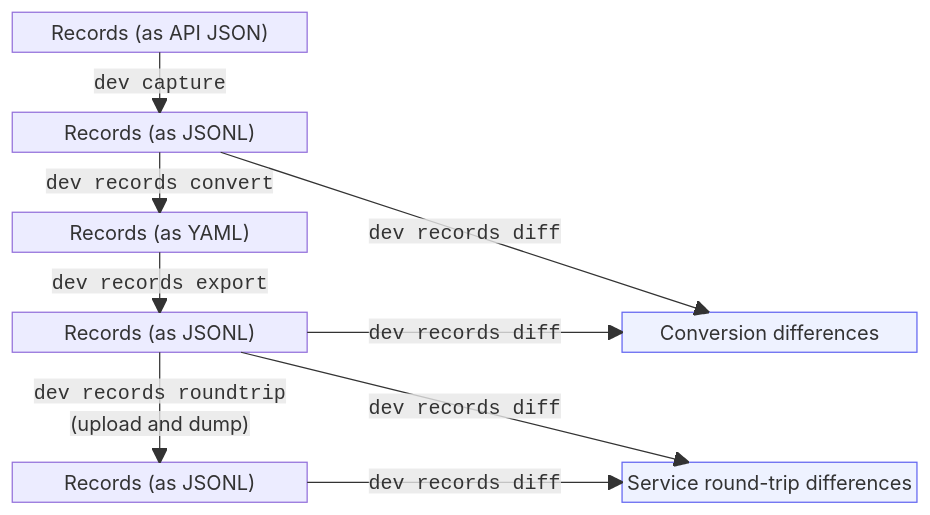
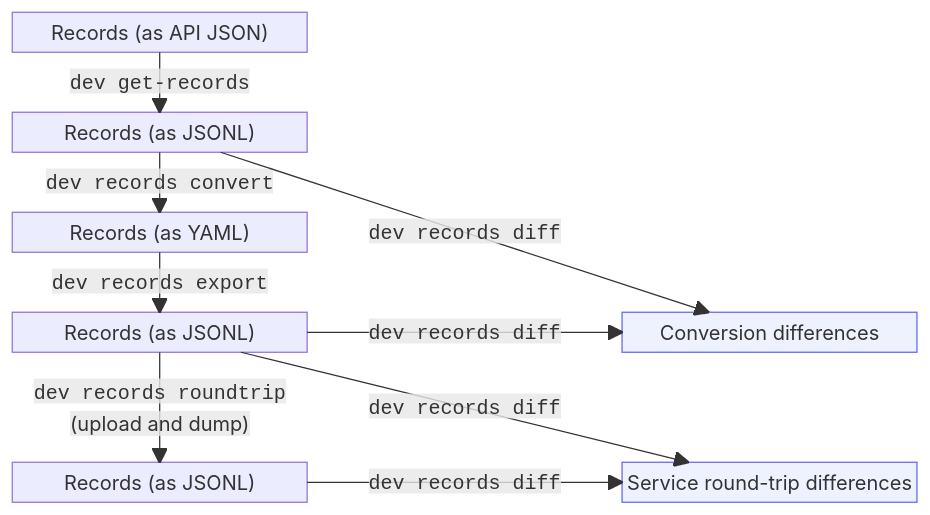
One commit to ORINOCO-Lite/orinoco-lite-dev changed the first of 2 diagrams in docs/agents/staged-upstream-validation.md. Above: the diagram before and after it, drawn with Mermaid. The commit also changed other lines of this file, not shown here.

````diff
--- a/docs/agents/staged-upstream-validation.md
+++ b/docs/agents/staged-upstream-validation.md
@@ -34,25 +36,25 @@
 ```mermaid
 block-beta
   columns 3
   pool["Records (as API JSON)"] space:2
   space:3
   raw["Records (as JSONL)"] space:2
   space:3
   stored["Records (as YAML)"] space:2
   space:3
   exported["Records (as JSONL)"] space conversion["Conversion differences"]
   space:3
   space:3
   returned["Records (as JSONL)"] space service["Service round-trip differences"]
 
-  pool -- "<code>dev capture</code>" --> raw
+  pool -- "<code>dev get-records</code>" --> raw
   raw -- "<code>dev records convert</code>" --> stored
   stored -- "<code>dev records export</code>" --> exported
   exported -- "<code>dev records roundtrip</code><br/>(upload and dump)" --> returned
   raw -- "<code>dev records diff</code>" --> conversion
   exported -- "<code>dev records diff</code>" --> conversion
   exported -- "<code>dev records diff</code>" --> service
   returned -- "<code>dev records diff</code>" --> service
   classDef report fill:#eef2ff,stroke:#6366f1,color:#312e81
   class conversion,service report
 ```
````
